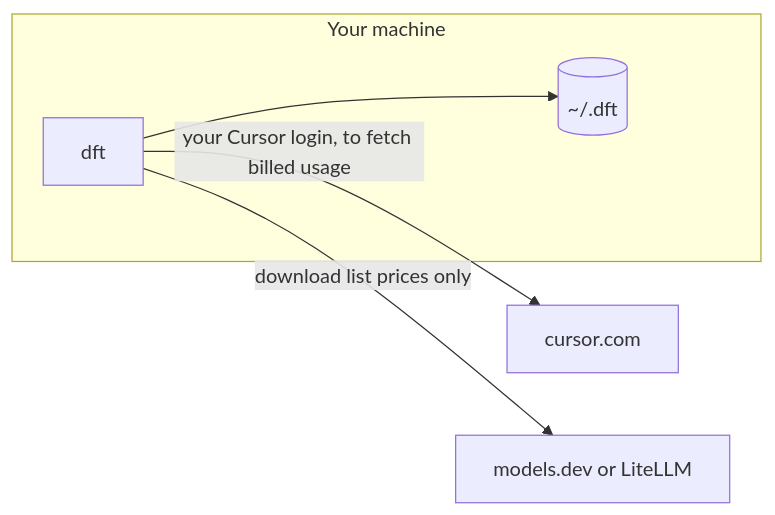
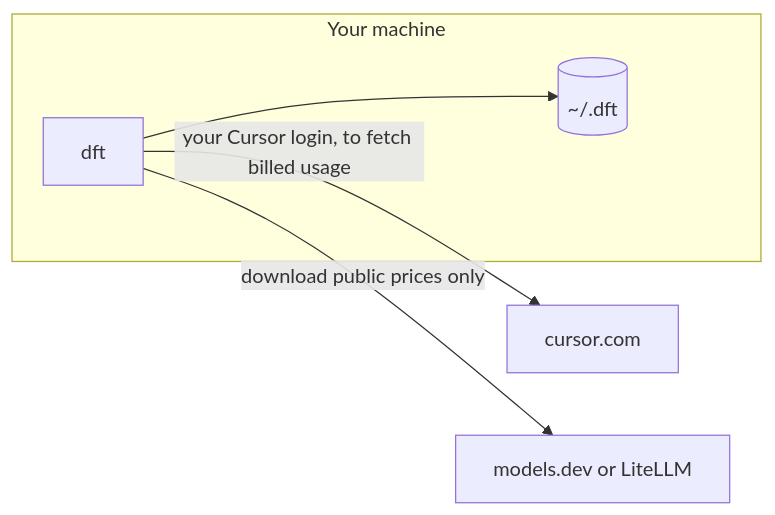
Before and after one commit to BleedingDev/dx-feature-tracker: the third of 19 diagrams in docs/HOW-IT-WORKS.md, drawn with Mermaid. The commit also changed other lines of this file and 3 other files, not shown here.

````diff
--- a/docs/HOW-IT-WORKS.md
+++ b/docs/HOW-IT-WORKS.md
@@ -114,10 +117,10 @@
 ```mermaid
 flowchart LR
     subgraph local["Your machine"]
         dft["dft"]
         store[("~/.dft")]
     end
     dft -- "your Cursor login, to fetch billed usage" --> cursor["cursor.com"]
-    dft -- "download list prices only" --> prices["models.dev or LiteLLM"]
+    dft -- "download public prices only" --> prices["models.dev or LiteLLM"]
     dft --> store
 ```
````
